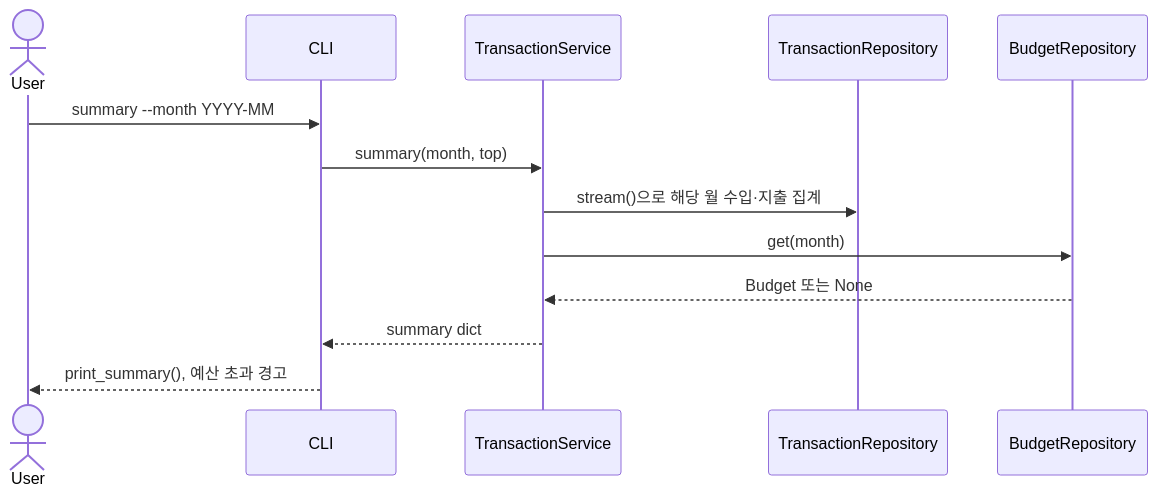
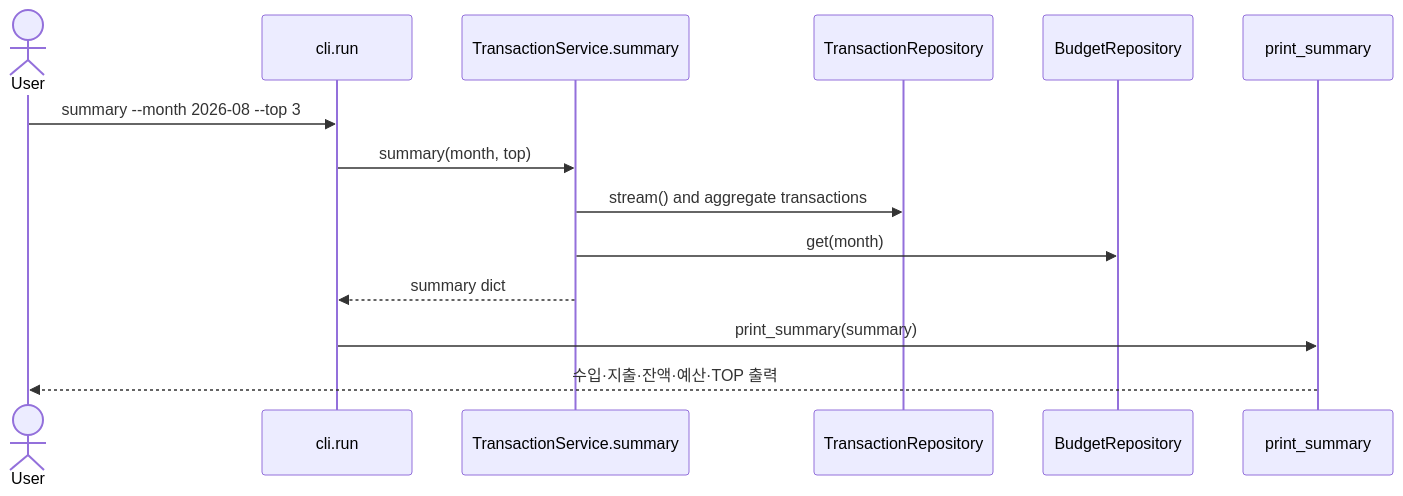
One commit to jhkr1/Codyssey_main_course changed the fifth of 7 diagrams in B2-1_Create_file-based_household_account_console_program/budget_app/CODE_ARCHITECTURE.md. Above: the diagram before and after it, drawn with Mermaid. The commit also changed other lines of this file and 2 other files, not shown here.

Commit message:
docs: add budget app code reading guide

````diff
--- a/B2-1_Create_file-based_household_account_console_program/budget_app/CODE_ARCHITECTURE.md
+++ b/B2-1_Create_file-based_household_account_console_program/budget_app/CODE_ARCHITECTURE.md
@@ -142,15 +255,16 @@
 ```mermaid
 sequenceDiagram
     actor User
-    participant CLI
-    participant TS as TransactionService
+    participant CLI as cli.run
+    participant TS as TransactionService.summary
     participant TR as TransactionRepository
     participant BR as BudgetRepository
-    User->>CLI: summary --month YYYY-MM
+    participant Out as print_summary
+    User->>CLI: summary --month 2026-08 --top 3
     CLI->>TS: summary(month, top)
-    TS->>TR: stream()으로 해당 월 수입·지출 집계
+    TS->>TR: stream() and aggregate transactions
     TS->>BR: get(month)
-    BR-->>TS: Budget 또는 None
     TS-->>CLI: summary dict
-    CLI-->>User: print_summary(), 예산 초과 경고
+    CLI->>Out: print_summary(summary)
+    Out-->>User: 수입·지출·잔액·예산·TOP 출력
 ```
````
